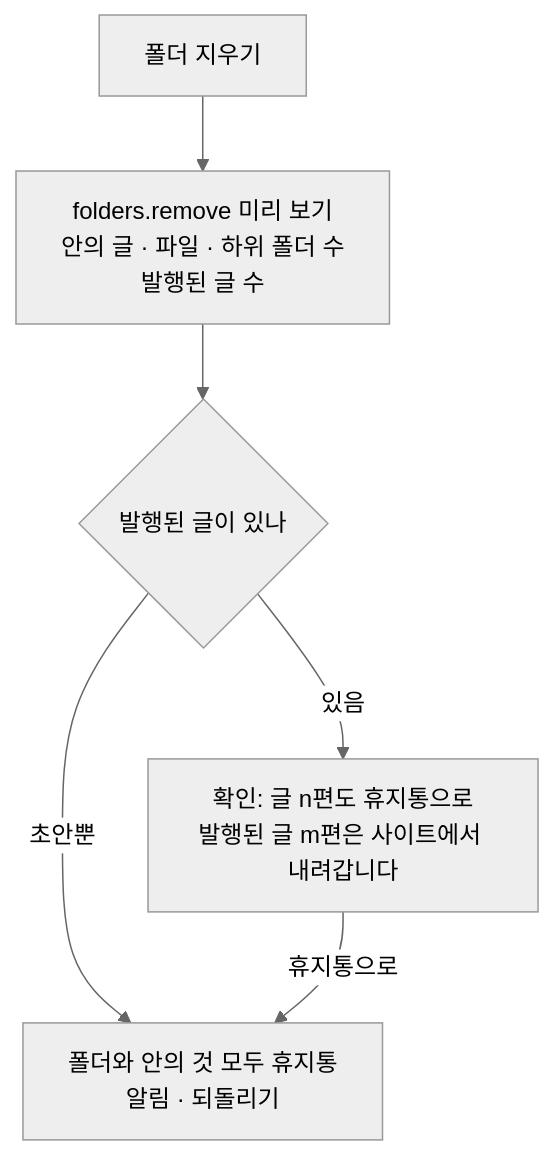
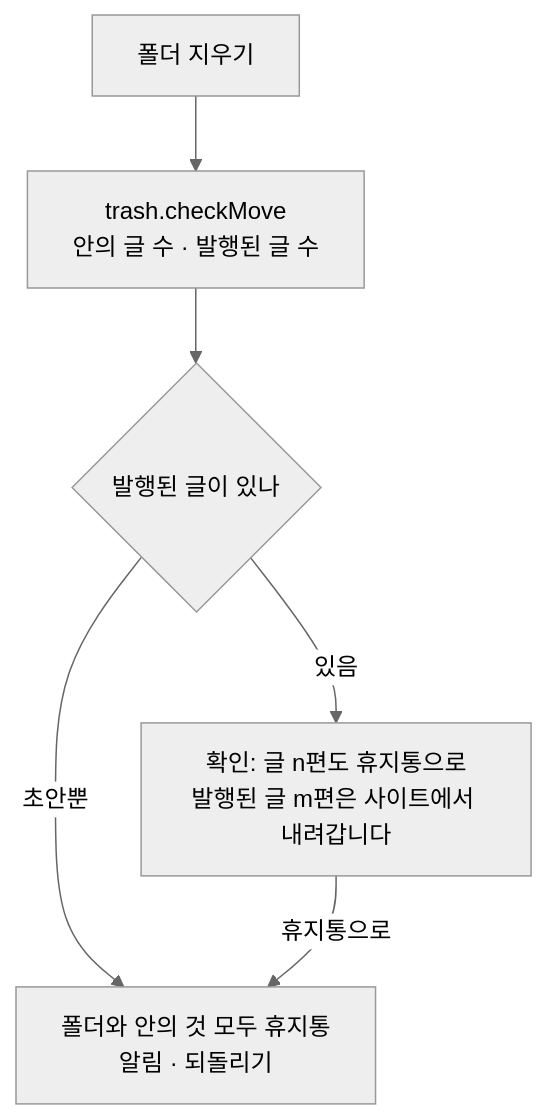
The second of 2 diagrams in docs/design/features/07-folders.md (monti-cms/monti), drawn with Mermaid (neutral theme) before and after one commit. The commit also changed other lines of this file and 26 other files, not shown here.

First line of the commit message:
feat(core): the trash: move, list, restore, delete for good, and the clean-up (doc 11)

````diff
--- a/docs/design/features/07-folders.md
+++ b/docs/design/features/07-folders.md
@@ -59,8 +59,8 @@
 ```mermaid
 flowchart TD
-  D["폴더 지우기"] --> PV["folders.remove 미리 보기<br/>안의 글 · 파일 · 하위 폴더 수<br/>발행된 글 수"]
+  D["폴더 지우기"] --> PV["trash.checkMove<br/>안의 글 수 · 발행된 글 수"]
   PV --> Q{"발행된 글이 있나"}
   Q -->|있음| C["확인: 글 n편도 휴지통으로<br/>발행된 글 m편은 사이트에서 내려갑니다"]
   Q -->|초안뿐| T
   C -->|휴지통으로| T["폴더와 안의 것 모두 휴지통<br/>알림 · 되돌리기"]
 ```
````
